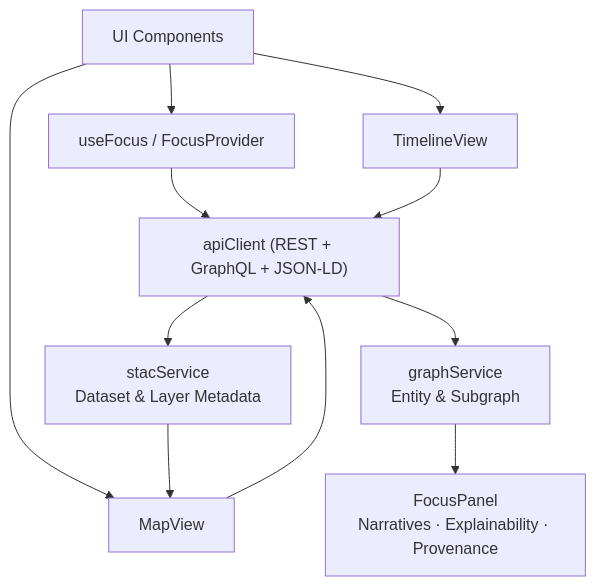
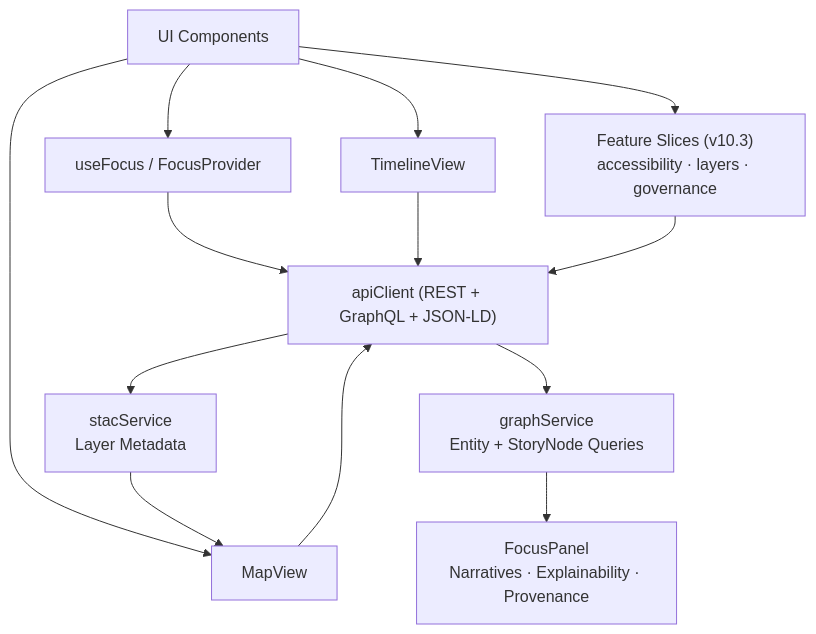
Before and after one commit to bartytime4life/Kansas-Frontier-Matrix: the diagram in web/src/README.md, drawn with Mermaid. The commit also changed other lines of this file, not shown here.

```diff
--- a/web/src/README.md
+++ b/web/src/README.md
@@ -120,15 +141,17 @@
 ~~~~~mermaid
 flowchart TD
   UI["UI Components"] --> FOC["useFocus / FocusProvider"]
   UI --> MAP["MapView"]
   UI --> TIME["TimelineView"]
+  UI --> FEAT["Feature Slices (v10.3)<br/>accessibility · layers · governance"]
 
   FOC --> API["apiClient (REST + GraphQL + JSON-LD)"]
   MAP --> API
   TIME --> API
+  FEAT --> API
 
-  API --> STAC["stacService<br/>Dataset & Layer Metadata"]
-  API --> GRAPH["graphService<br/>Entity & Subgraph"]
+  API --> STAC["stacService<br/>Layer Metadata"]
+  API --> GRAPH["graphService<br/>Entity + StoryNode Queries"]
   GRAPH --> PANEL["FocusPanel<br/>Narratives · Explainability · Provenance"]
   STAC --> MAP
 ~~~~~
```
